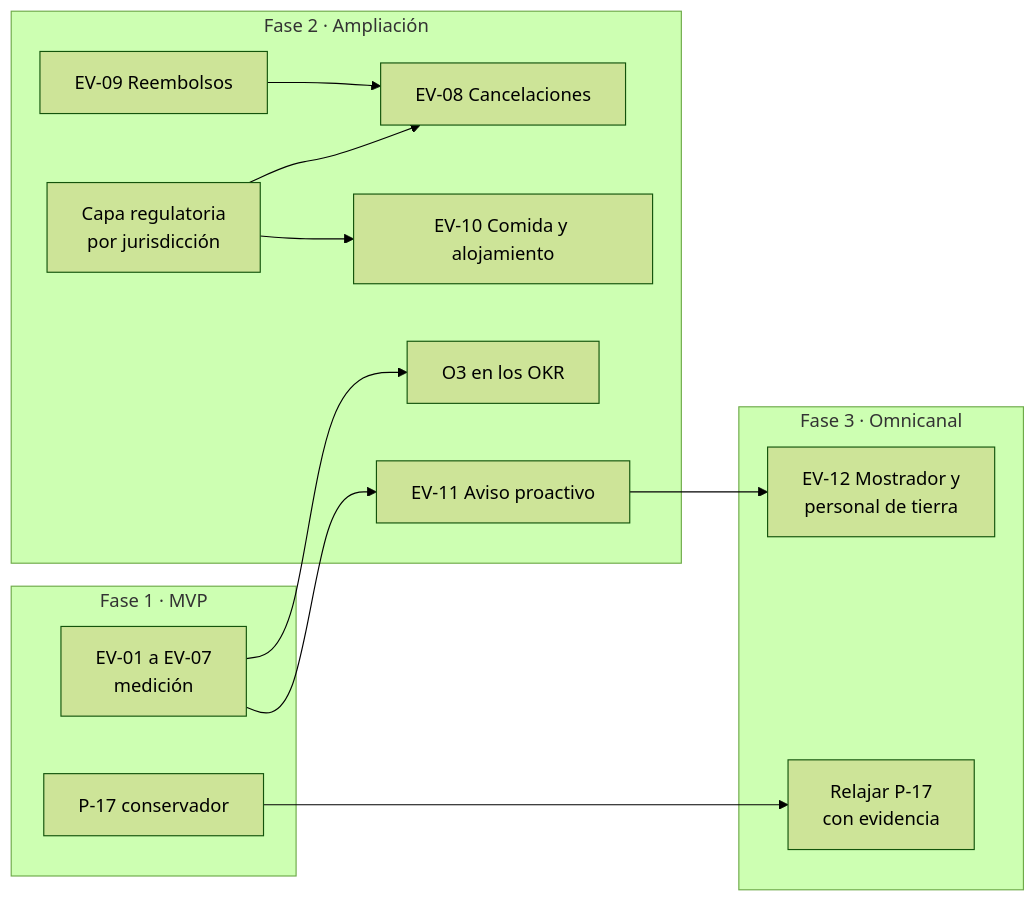
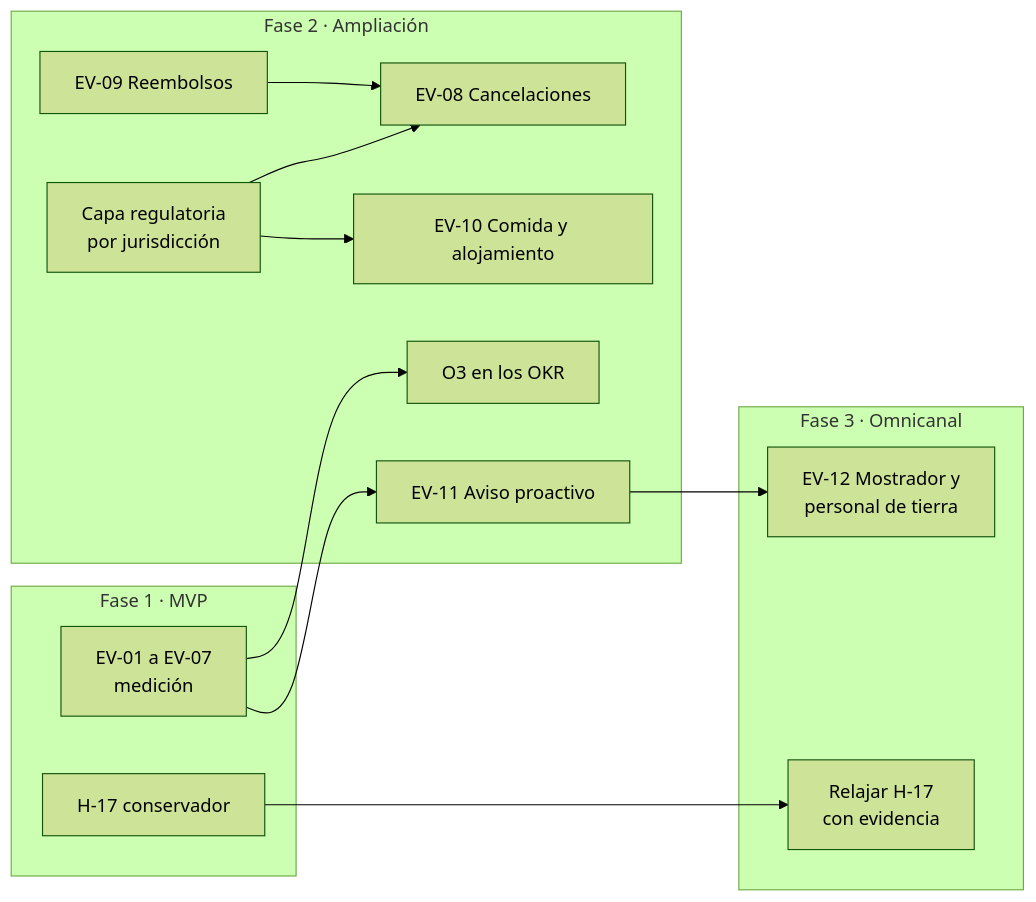
Before and after one commit to AgustinRubilarDiaz/disruption-companion: the diagram in Docs/15-evolucion-y-recomendaciones.md, drawn with Mermaid (forest theme). The commit also changed other lines of this file and 75 other files, not shown here.

First line of the commit message:
docs(brain): Fase B — el Brain manda, ADR-003…008, diagramas y CLAUDE.md por componente

````diff
--- a/Docs/15-evolucion-y-recomendaciones.md
+++ b/Docs/15-evolucion-y-recomendaciones.md
@@ -163,26 +163,26 @@
 ```mermaid
 flowchart LR
     subgraph F1[Fase 1 · MVP]
         M1[EV-01 a EV-07<br/>medición]
-        M2[P-17 conservador]
+        M2[H-17 conservador]
     end
     subgraph F2[Fase 2 · Ampliación]
         A1[EV-11 Aviso proactivo]
         A2[EV-08 Cancelaciones]
         A3[EV-09 Reembolsos]
         A4[EV-10 Comida y alojamiento]
         A5[Capa regulatoria<br/>por jurisdicción]
         A6[O3 en los OKR]
     end
     subgraph F3[Fase 3 · Omnicanal]
         C1[EV-12 Mostrador y<br/>personal de tierra]
-        C2[Relajar P-17<br/>con evidencia]
+        C2[Relajar H-17<br/>con evidencia]
     end
     M1 --> A6
     M1 --> A1
     A5 --> A2
     A5 --> A4
     A3 --> A2
     M2 --> C2
     A1 --> C1
 ```
````
